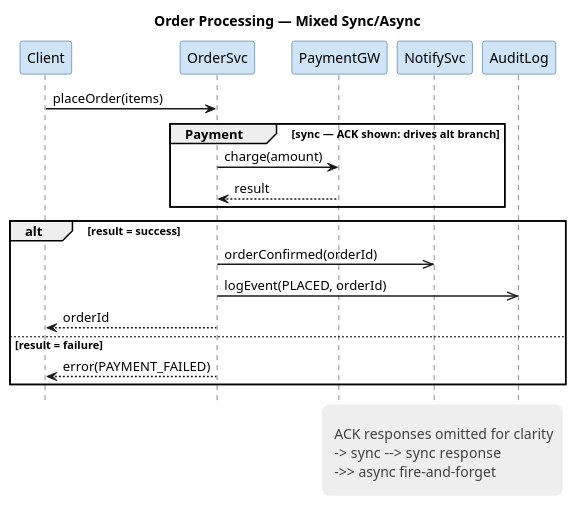
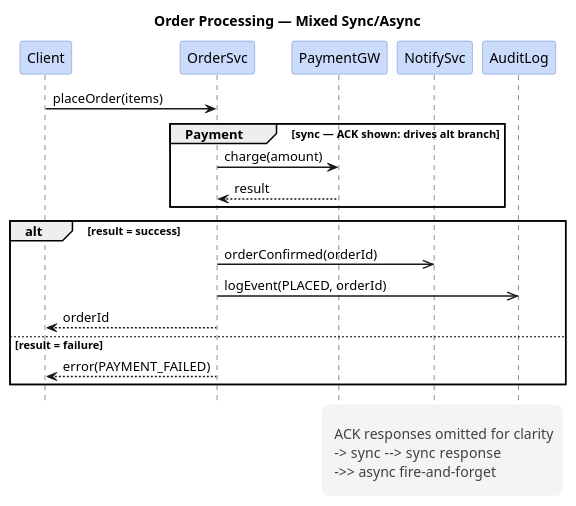
One commit to artem-from-ua/claude-plugins changed the third of 3 diagrams in plugins/plantuml/skills/plantuml-diagram-guide/references/sequence.md. Above: the diagram before and after it, drawn with PlantUML. The commit also changed other lines of this file and 5 other files, not shown here.

````diff
--- a/plugins/plantuml/skills/plantuml-diagram-guide/references/sequence.md
+++ b/plugins/plantuml/skills/plantuml-diagram-guide/references/sequence.md
@@ -86,42 +86,42 @@
 ```plantuml
 @startuml
 hide footbox
 title Order Processing — Mixed Sync/Async
 skinparam sequenceArrowThickness 1.5
 skinparam LifeLineBorderColor #C0C0C0
-skinparam participantBackgroundColor #CFE4F6
-skinparam participantBorderColor #25557E
-skinparam legendBackgroundColor #EEEEEE
+skinparam participantBackgroundColor #CADBFC
+skinparam participantBorderColor #6287CD
+skinparam legendBackgroundColor #F4F4F4
 skinparam legendBorderColor transparent
 skinparam LegendFontColor #404040
 
 participant Client
 participant OrderSvc
 participant PaymentGW
 participant NotifySvc
 participant AuditLog
 
 Client -> OrderSvc: placeOrder(items)
 
 group Payment [sync — ACK shown: drives alt branch]
   OrderSvc -> PaymentGW: charge(amount)
   PaymentGW --> OrderSvc: result
 end
 
 alt result = success
   OrderSvc ->> NotifySvc: orderConfirmed(orderId)
   OrderSvc ->> AuditLog: logEvent(PLACED, orderId)
   OrderSvc --> Client: orderId
 else result = failure
   OrderSvc --> Client: error(PAYMENT_FAILED)
 end
 
 legend right
   <size:6> </size>
     ACK responses omitted for clarity<size:17> </size>
     -> sync  --> sync response
     ->> async fire-and-forget
   <size:6> </size>
 end legend
 @enduml
 ```
````
